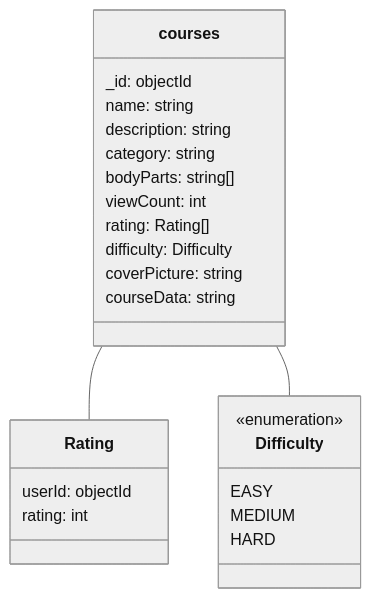
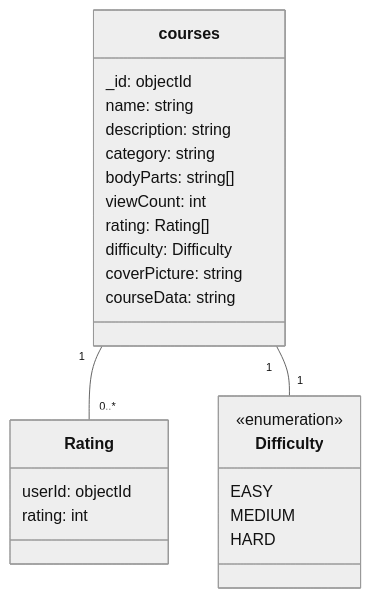
The diagram in diagrams/database/course.md (fitness-coaching-app/system-diagrams), drawn with Mermaid (neutral theme) before and after one commit. The commit also changed 2 other files, not shown here.

Commit message:
Add cardinality to diagram

````diff
--- a/diagrams/database/course.md
+++ b/diagrams/database/course.md
@@ -1,36 +1,36 @@
 ```mermaid
 %%{init: {
     "fontFamily": "Helvetica"
 }
 }%%
 classDiagram
-    courses -- Rating
-    courses -- Difficulty
+    courses "1" -- "0..*" Rating
+    courses "1" -- "1" Difficulty
 
     class courses{
         _id: objectId
         name: string
         description: string
         category: string
         bodyParts: string[]
         viewCount: int
         rating: Rating[]
         difficulty: Difficulty
         coverPicture: string
         courseData: string
     }
 
     class Rating{
         userId: objectId
         rating: int
     }
 
     class Difficulty{
         <<enumeration>>
         EASY
         MEDIUM
         HARD
     }
 
  
 ```
````
